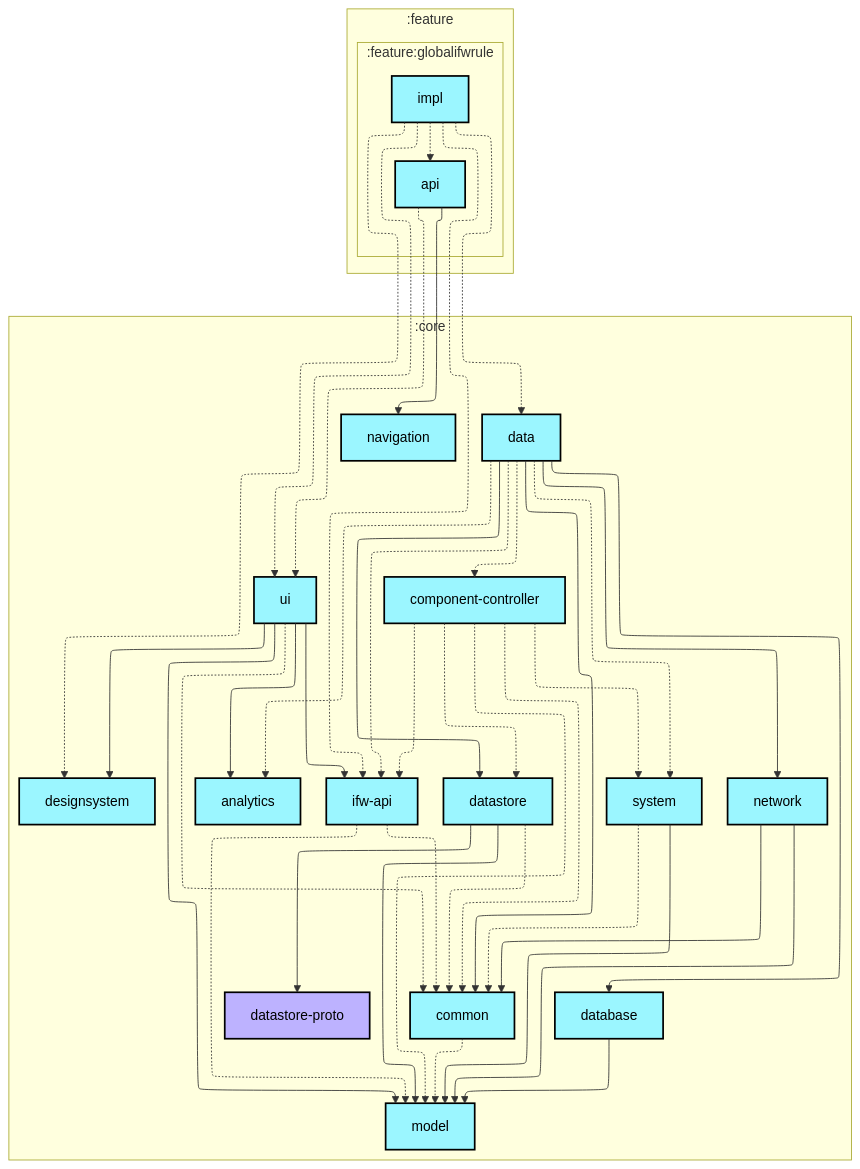
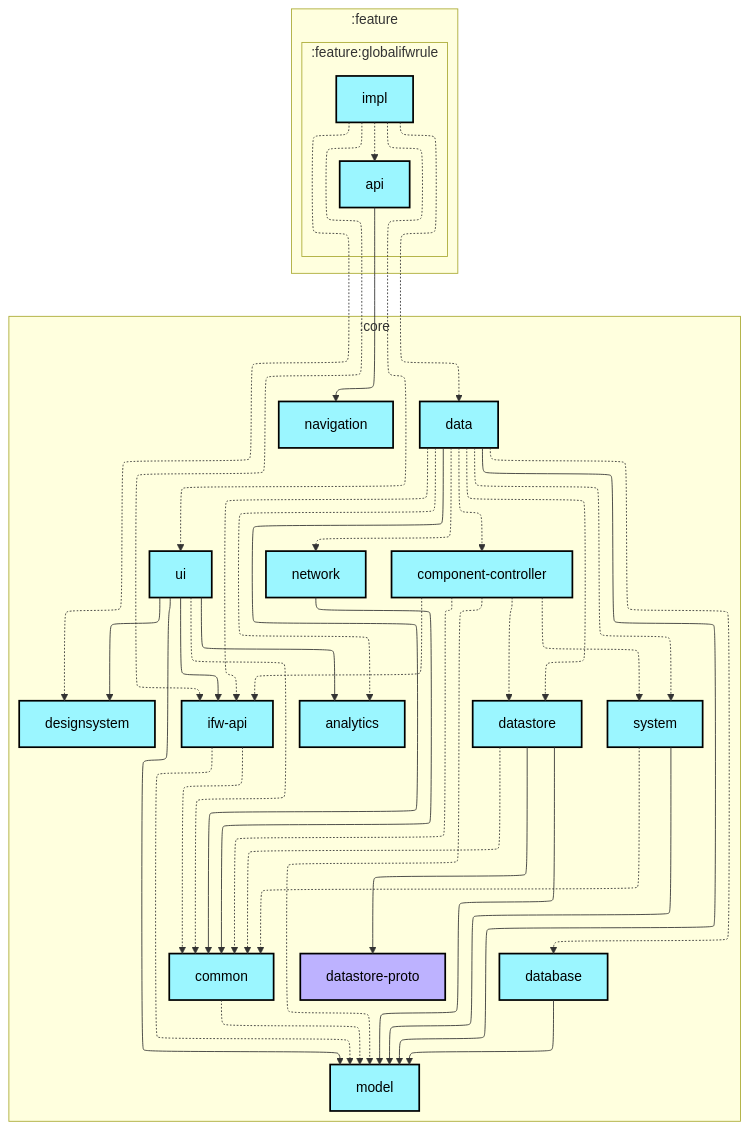
Before and after one commit to lihenggui/blocker: the first of 2 diagrams in feature/globalifwrule/impl/README.md, drawn with Mermaid. The commit also changed 29 other files, not shown here.

First line of the commit message:
Update module dependency graphs after boundary cleanup

````diff
--- a/feature/globalifwrule/impl/README.md
+++ b/feature/globalifwrule/impl/README.md
@@ -6,78 +6,77 @@
 ```mermaid
 ---
 config:
   layout: elk
   elk:
     nodePlacementStrategy: SIMPLE
 ---
 graph TB
   subgraph :feature
     direction TB
     subgraph :feature:globalifwrule
       direction TB
       :feature:globalifwrule:api[api]:::android-library
       :feature:globalifwrule:impl[impl]:::android-library
     end
   end
   subgraph :core
     direction TB
     :core:analytics[analytics]:::android-library
     :core:common[common]:::android-library
     :core:component-controller[component-controller]:::android-library
     :core:data[data]:::android-library
     :core:database[database]:::android-library
     :core:datastore[datastore]:::android-library
     :core:datastore-proto[datastore-proto]:::jvm-library
     :core:designsystem[designsystem]:::android-library
     :core:ifw-api[ifw-api]:::android-library
     :core:model[model]:::android-library
     :core:navigation[navigation]:::android-library
     :core:network[network]:::android-library
     :core:system[system]:::android-library
     :core:ui[ui]:::android-library
   end
 
   :core:common -.-> :core:model
   :core:component-controller -.-> :core:common
   :core:component-controller -.-> :core:datastore
   :core:component-controller -.-> :core:ifw-api
   :core:component-controller -.-> :core:model
   :core:component-controller -.-> :core:system
   :core:data -.-> :core:analytics
   :core:data --> :core:common
   :core:data -.-> :core:component-controller
-  :core:data --> :core:database
-  :core:data --> :core:datastore
+  :core:data -.-> :core:database
+  :core:data -.-> :core:datastore
   :core:data -.-> :core:ifw-api
-  :core:data --> :core:network
+  :core:data --> :core:model
+  :core:data -.-> :core:network
   :core:data -.-> :core:system
   :core:database --> :core:model
   :core:datastore -.-> :core:common
   :core:datastore --> :core:datastore-proto
   :core:datastore --> :core:model
   :core:ifw-api -.-> :core:common
   :core:ifw-api -.-> :core:model
   :core:network --> :core:common
-  :core:network --> :core:model
   :core:system -.-> :core:common
   :core:system --> :core:model
   :core:ui --> :core:analytics
   :core:ui -.-> :core:common
   :core:ui --> :core:designsystem
   :core:ui --> :core:ifw-api
   :core:ui --> :core:model
   :feature:globalifwrule:api --> :core:navigation
-  :feature:globalifwrule:api -.-> :core:ui
   :feature:globalifwrule:impl -.-> :core:data
   :feature:globalifwrule:impl -.-> :core:designsystem
   :feature:globalifwrule:impl -.-> :core:ifw-api
   :feature:globalifwrule:impl -.-> :core:ui
   :feature:globalifwrule:impl -.-> :feature:globalifwrule:api
 
 classDef android-application fill:#CAFFBF,stroke:#000,stroke-width:2px,color:#000;
 classDef android-feature fill:#FFD6A5,stroke:#000,stroke-width:2px,color:#000;
 classDef android-library fill:#9BF6FF,stroke:#000,stroke-width:2px,color:#000;
 classDef android-test fill:#A0C4FF,stroke:#000,stroke-width:2px,color:#000;
 classDef jvm-library fill:#BDB2FF,stroke:#000,stroke-width:2px,color:#000;
 classDef unknown fill:#FFADAD,stroke:#000,stroke-width:2px,color:#000;
 ```
````
